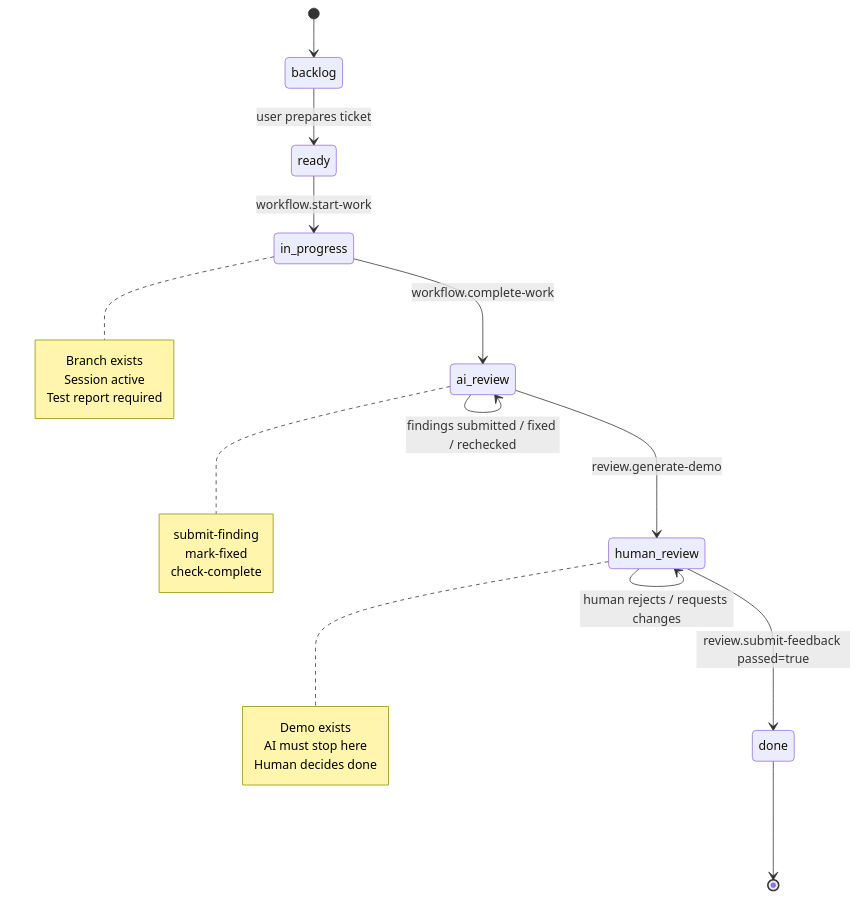
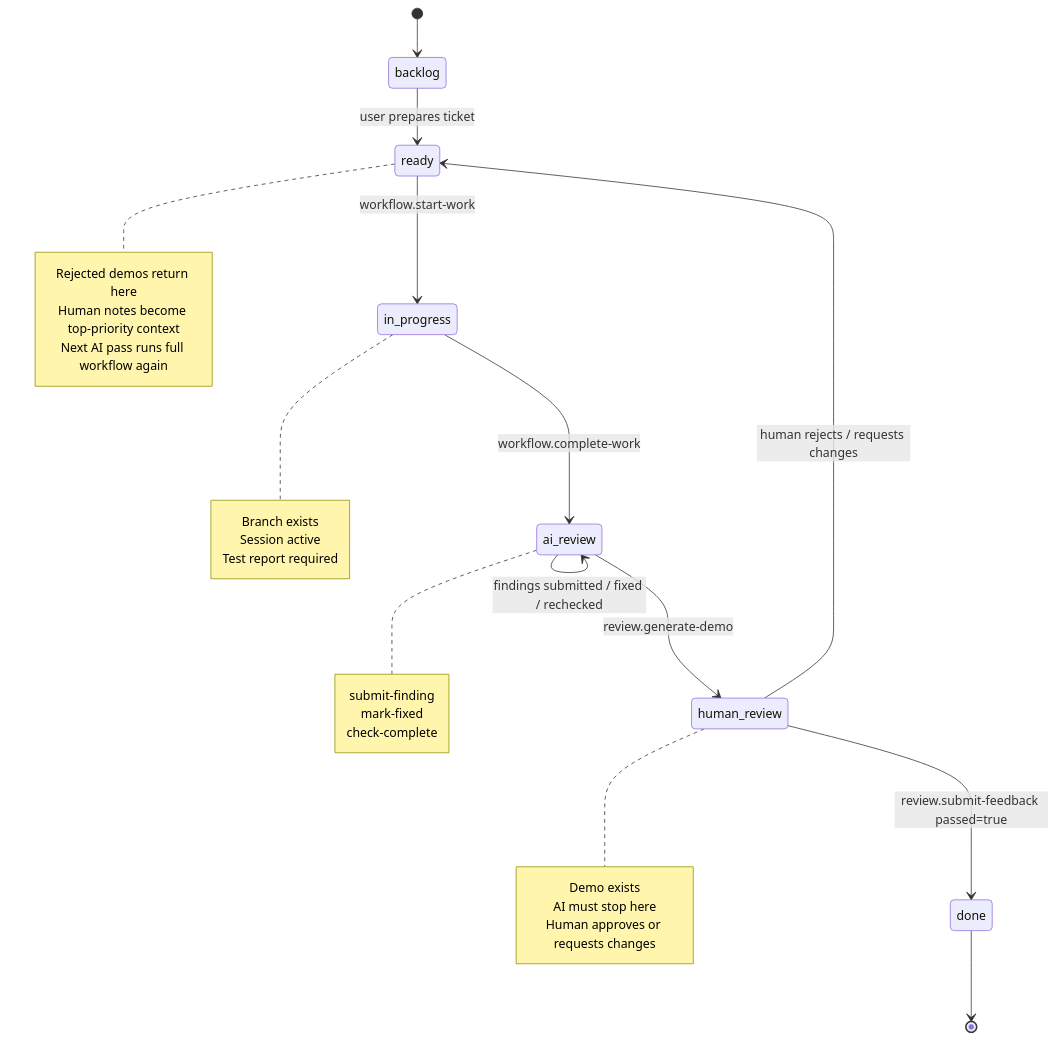
Before and after one commit to salmanrrana/brain-dump: the second of 14 diagrams in docs/universal-quality-workflow-per-provider-diagrams.md, drawn with Mermaid. The commit also changed other lines of this file and 2 other files, not shown here.

Commit message:
feat(d1900aeb): document human review rework loop

````diff
--- a/docs/universal-quality-workflow-per-provider-diagrams.md
+++ b/docs/universal-quality-workflow-per-provider-diagrams.md
@@ -101,30 +101,36 @@
 ```mermaid
 stateDiagram-v2
     [*] --> backlog
     backlog --> ready: user prepares ticket
     ready --> in_progress: workflow.start-work
     in_progress --> ai_review: workflow.complete-work
     ai_review --> ai_review: findings submitted / fixed / rechecked
     ai_review --> human_review: review.generate-demo
-    human_review --> human_review: human rejects / requests changes
+    human_review --> ready: human rejects / requests changes
     human_review --> done: review.submit-feedback passed=true
     done --> [*]
 
     note right of in_progress
         Branch exists
         Session active
         Test report required
     end note
 
     note right of ai_review
         submit-finding
         mark-fixed
         check-complete
     end note
 
     note right of human_review
         Demo exists
         AI must stop here
-        Human decides done
+        Human approves or requests changes
+    end note
+
+    note right of ready
+        Rejected demos return here
+        Human notes become top-priority context
+        Next AI pass runs full workflow again
     end note
 ```
````
